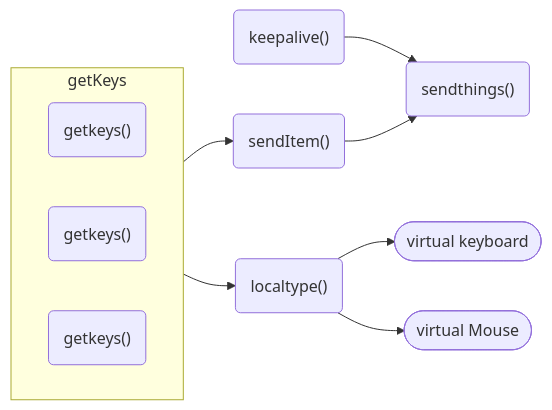
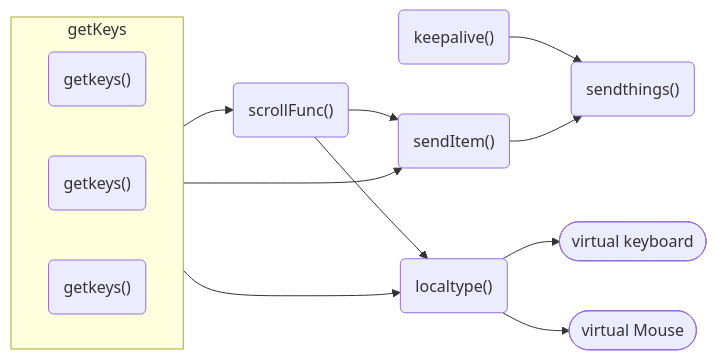
Before and after one commit to pxp888/keeb: the first of 2 diagrams in README.md, drawn with Mermaid. The commit also changed other lines of this file, not shown here.

````diff
--- a/README.md
+++ b/README.md
@@ -42,28 +44,30 @@
 ```mermaid
 graph LR
 
 gk1("getkeys()")
 gk2("getkeys()")
 gk3("getkeys()")
 
 ka("keepalive()")
 
 si("sendItem()")
 st("sendthings()")
 lt("localtype()")
+mf("scrollFunc()")
 
 ui([virtual keyboard])
 mi([virtual Mouse])
 
 subgraph getKeys
     direction LR
     gk1
     gk2
     gk3
 end
 
 ka --> st
-getKeys --> si & lt
+getKeys --> si & lt & mf
 si --> st
 lt --> ui & mi
+mf --> si & lt
 ```
````
